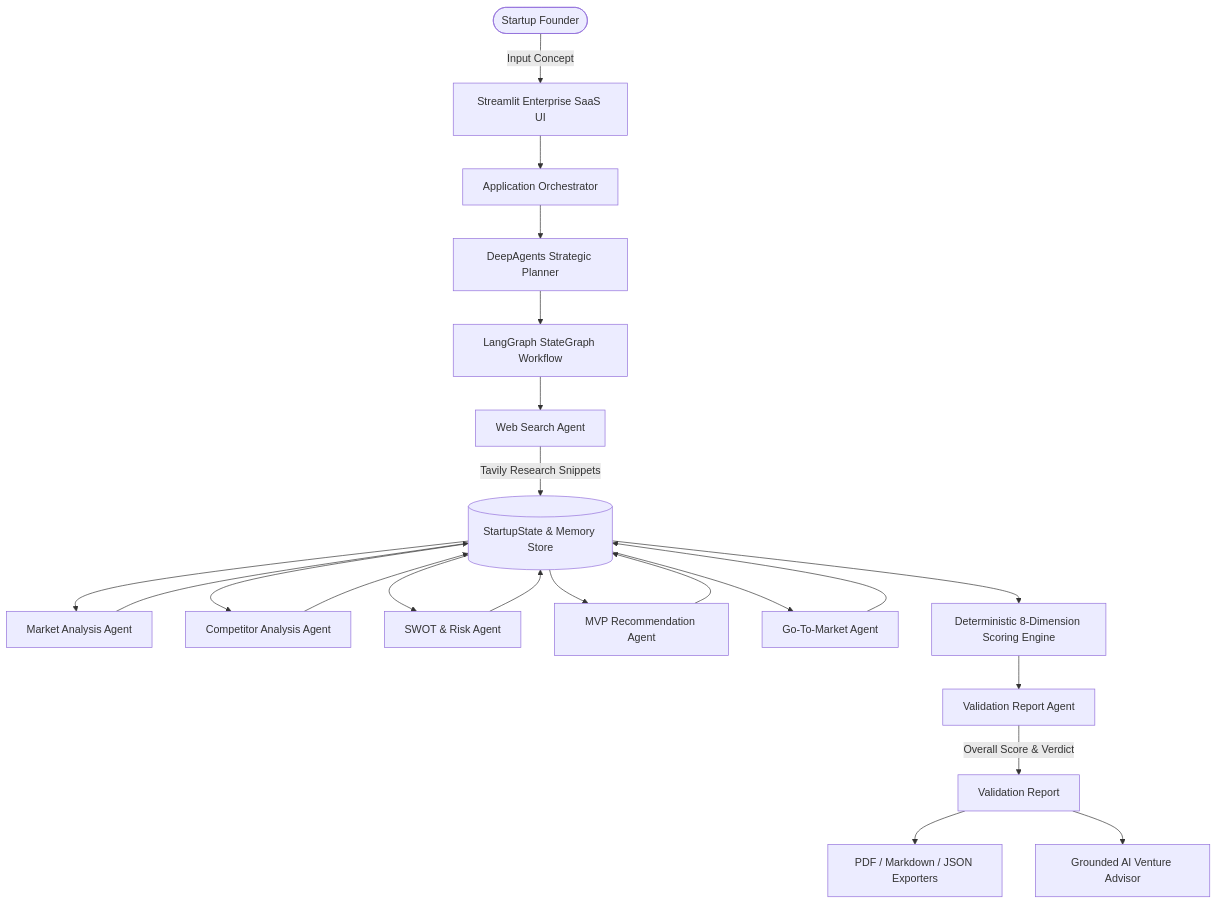
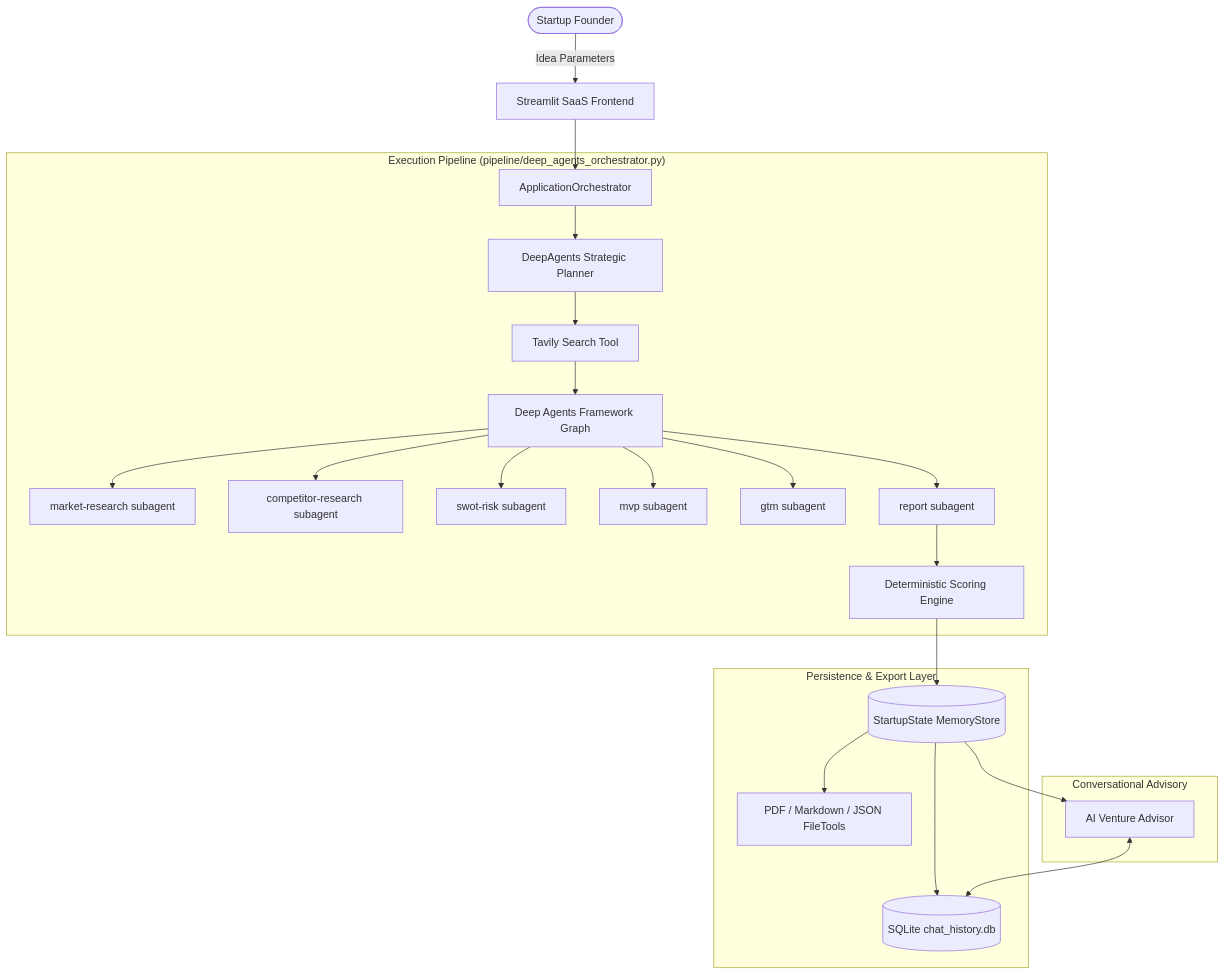
Before and after one commit to CHANDRASAI9491/AI-Startup-Idea-Validator: the diagram in docs/architecture.md, drawn with Mermaid. The commit also changed other lines of this file and 14 other files, not shown here.

````diff
--- a/docs/architecture.md
+++ b/docs/architecture.md
@@ -5,28 +11,31 @@
 ```mermaid
 graph TD
-    User([Startup Founder]) -->|Input Concept| UI[Streamlit Enterprise SaaS UI]
-    UI --> Orchestrator[Application Orchestrator]
-    Orchestrator --> Planner[DeepAgents Strategic Planner]
-    Planner --> Graph[LangGraph StateGraph Workflow]
-    
-    Graph --> Agent1[Web Search Agent]
-    Agent1 -->|Tavily Research Snippets| State[(StartupState & Memory Store)]
-    
-    State --> Agent2[Market Analysis Agent]
-    State --> Agent3[Competitor Analysis Agent]
-    State --> Agent4[SWOT & Risk Agent]
-    State --> Agent5[MVP Recommendation Agent]
-    State --> Agent6[Go-To-Market Agent]
-    
-    Agent2 --> State
-    Agent3 --> State
-    Agent4 --> State
-    Agent5 --> State
-    Agent6 --> State
-    
-    State --> ScoringEngine[Deterministic 8-Dimension Scoring Engine]
-    ScoringEngine --> Agent7[Validation Report Agent]
-    Agent7 -->|Overall Score & Verdict| FinalReport[Validation Report]
-    FinalReport --> Exporters[PDF / Markdown / JSON Exporters]
-    FinalReport --> Advisor[Grounded AI Venture Advisor]
+    User([Startup Founder]) -->|Idea Parameters| UI[Streamlit SaaS Frontend]
+    UI --> Orchestrator[ApplicationOrchestrator]
+
+    subgraph "Execution Pipeline (pipeline/deep_agents_orchestrator.py)"
+        Orchestrator --> Planner[DeepAgents Strategic Planner]
+        Planner --> TavilyTool[Tavily Search Tool]
+        TavilyTool --> DeepAgent[Deep Agents Framework Graph]
+
+        DeepAgent --> Sub1[market-research subagent]
+        DeepAgent --> Sub2[competitor-research subagent]
+        DeepAgent --> Sub3[swot-risk subagent]
+        DeepAgent --> Sub4[mvp subagent]
+        DeepAgent --> Sub5[gtm subagent]
+        DeepAgent --> Sub6[report subagent]
+
+        Sub6 --> Scoring[Deterministic Scoring Engine]
+    end
+
+    subgraph "Persistence & Export Layer"
+        Scoring --> State[(StartupState MemoryStore)]
+        State --> SQLite[(SQLite chat_history.db)]
+        State --> Exporters[PDF / Markdown / JSON FileTools]
+    end
+
+    subgraph "Conversational Advisory"
+        State --> Advisor[AI Venture Advisor]
+        Advisor <--> SQLite
+    end
 ```
````
